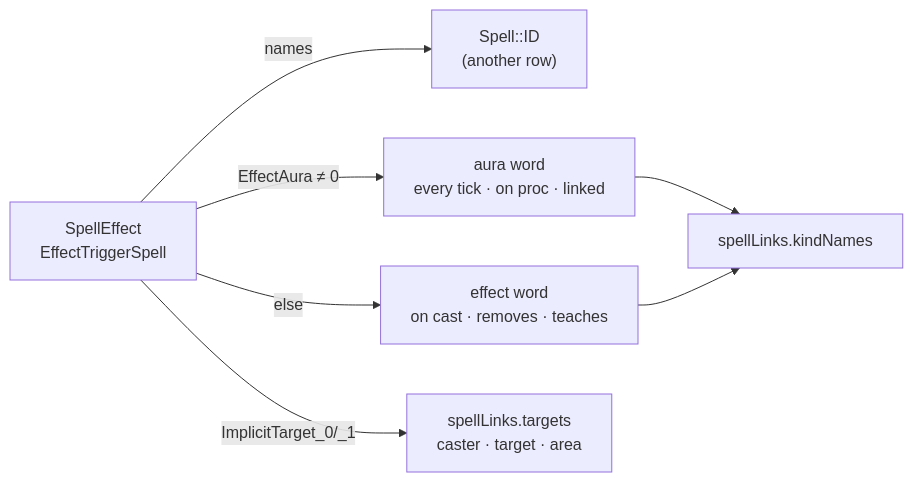
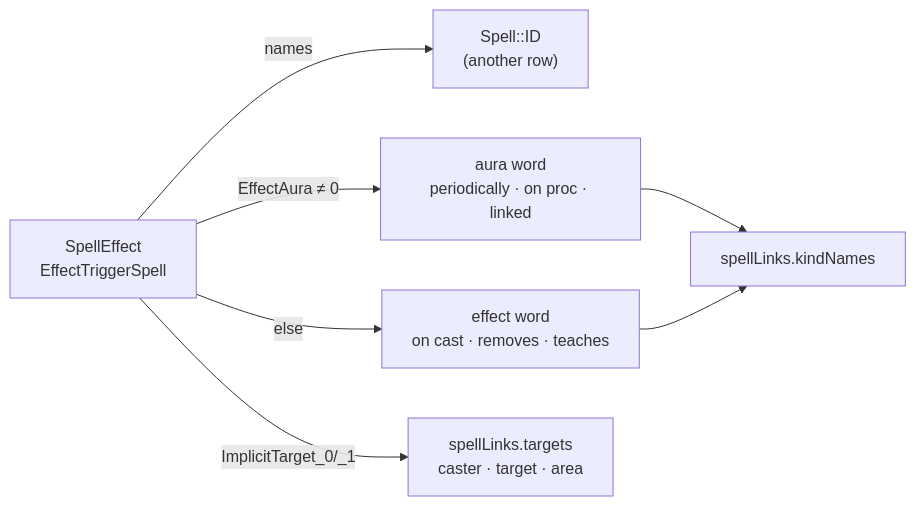
One commit to Natans8/Epsilook changed diagram 19 of 21 in docs/DATA_ROUTES.md. Above: the diagram before and after it, drawn with Mermaid. The commit also changed other lines of this file and 16 other files, not shown here.

````diff
--- a/docs/DATA_ROUTES.md
+++ b/docs/DATA_ROUTES.md
@@ -1001,9 +1001,9 @@
 ```mermaid
 flowchart LR
     SE["SpellEffect<br/>EffectTriggerSpell"] -->|names| S2["Spell::ID<br/>(another row)"]
-    SE -->|" EffectAura ≠ 0 "| AW["aura word<br/>every tick · on proc · linked"]
+    SE -->|" EffectAura ≠ 0 "| AW["aura word<br/>periodically · on proc · linked"]
     SE -->|" else "| EW["effect word<br/>on cast · removes · teaches"]
     AW --> K["spellLinks.kindNames"]
     EW --> K
     SE -->|" ImplicitTarget_0/_1 "| T["spellLinks.targets<br/>caster · target · area"]
 ```
````
